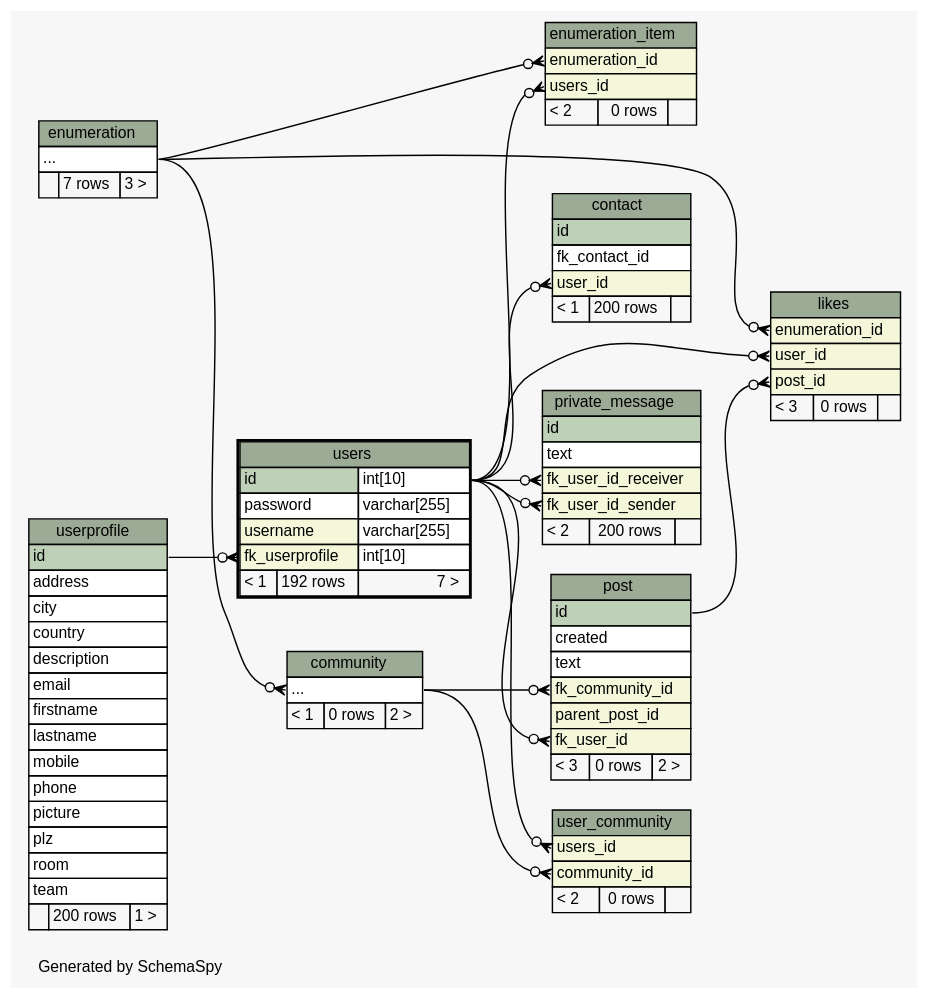
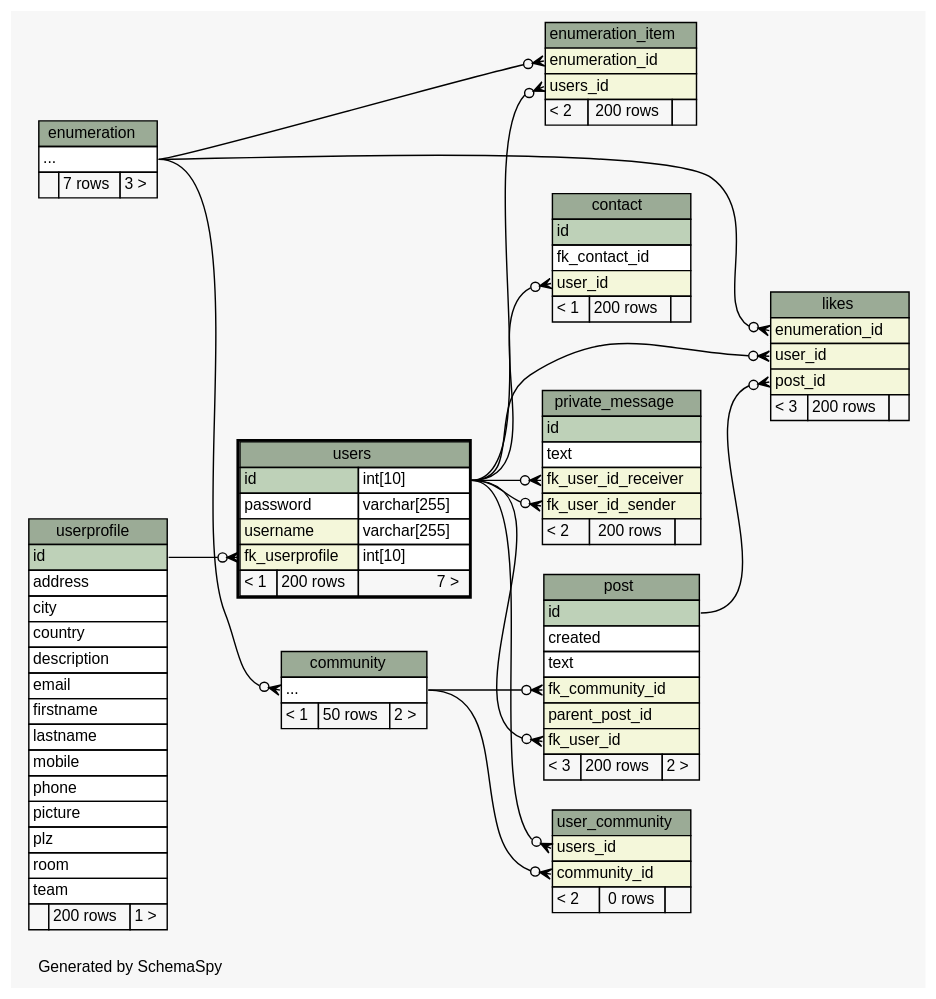
Before and after one commit to chr-krenn/chr-krenn-fhj-ws2017-sd17-pse: the diagram in doc/db_schema/diagrams/users.2degrees.dot, drawn with Graphviz. The commit also changed 65 other files, not shown here.

```diff
--- a/doc/db_schema/diagrams/users.2degrees.dot
+++ b/doc/db_schema/diagrams/users.2degrees.dot
@@ -1,166 +1,166 @@
 // dot 2.40.1 on Linux 4.12.5-300.fc26.x86_64
 // SchemaSpy rev 590
 digraph "twoDegreesRelationshipsDiagram" {
   graph [
     rankdir="RL"
     bgcolor="#f7f7f7"
     label="\nGenerated by SchemaSpy"
     labeljust="l"
     nodesep="0.18"
     ranksep="0.46"
     fontname="Helvetica"
     fontsize="11"
   ];
   node [
     fontname="Helvetica"
     fontsize="11"
     shape="plaintext"
   ];
   edge [
     arrowsize="0.8"
   ];
   "community":"elipses":w -> "enumeration":"elipses":e [arrowhead=none dir=back arrowtail=crowodot];
   "contact":"user_id":w -> "users":"id.type":e [arrowhead=none dir=back arrowtail=crowodot];
   "enumeration_item":"enumeration_id":w -> "enumeration":"elipses":e [arrowhead=none dir=back arrowtail=crowodot];
   "enumeration_item":"users_id":w -> "users":"id.type":e [arrowhead=none dir=back arrowtail=crowodot];
   "likes":"enumeration_id":w -> "enumeration":"elipses":e [arrowhead=none dir=back arrowtail=crowodot];
   "likes":"post_id":w -> "post":"id":e [arrowhead=none dir=back arrowtail=crowodot];
   "likes":"user_id":w -> "users":"id.type":e [arrowhead=none dir=back arrowtail=crowodot];
   "post":"fk_community_id":w -> "community":"elipses":e [arrowhead=none dir=back arrowtail=crowodot];
   "post":"fk_user_id":w -> "users":"id.type":e [arrowhead=none dir=back arrowtail=crowodot];
   "private_message":"fk_user_id_receiver":w -> "users":"id.type":e [arrowhead=none dir=back arrowtail=crowodot];
   "private_message":"fk_user_id_sender":w -> "users":"id.type":e [arrowhead=none dir=back arrowtail=crowodot];
   "user_community":"community_id":w -> "community":"elipses":e [arrowhead=none dir=back arrowtail=crowodot];
   "user_community":"users_id":w -> "users":"id.type":e [arrowhead=none dir=back arrowtail=crowodot];
   "users":"fk_userprofile":w -> "userprofile":"id":e [arrowhead=none dir=back arrowtail=crowodot];
   "community" [
     label=<
     <TABLE BORDER="0" CELLBORDER="1" CELLSPACING="0" BGCOLOR="#ffffff">
       <TR><TD COLSPAN="3" BGCOLOR="#9bab96" ALIGN="CENTER">community</TD></TR>
       <TR><TD PORT="elipses" COLSPAN="3" ALIGN="LEFT">...</TD></TR>
-      <TR><TD ALIGN="LEFT" BGCOLOR="#f7f7f7">&lt; 1</TD><TD ALIGN="RIGHT" BGCOLOR="#f7f7f7">0 rows</TD><TD ALIGN="RIGHT" BGCOLOR="#f7f7f7">2 &gt;</TD></TR>
+      <TR><TD ALIGN="LEFT" BGCOLOR="#f7f7f7">&lt; 1</TD><TD ALIGN="RIGHT" BGCOLOR="#f7f7f7">50 rows</TD><TD ALIGN="RIGHT" BGCOLOR="#f7f7f7">2 &gt;</TD></TR>
     </TABLE>>
     URL="community.html"
     tooltip="community"
   ];
   "contact" [
     label=<
     <TABLE BORDER="0" CELLBORDER="1" CELLSPACING="0" BGCOLOR="#ffffff">
       <TR><TD COLSPAN="3" BGCOLOR="#9bab96" ALIGN="CENTER">contact</TD></TR>
       <TR><TD PORT="id" COLSPAN="3" BGCOLOR="#bed1b8" ALIGN="LEFT">id</TD></TR>
       <TR><TD PORT="fk_contact_id" COLSPAN="3" ALIGN="LEFT">fk_contact_id</TD></TR>
       <TR><TD PORT="user_id" COLSPAN="3" BGCOLOR="#f4f7da" ALIGN="LEFT">user_id</TD></TR>
       <TR><TD ALIGN="LEFT" BGCOLOR="#f7f7f7">&lt; 1</TD><TD ALIGN="RIGHT" BGCOLOR="#f7f7f7">200 rows</TD><TD ALIGN="RIGHT" BGCOLOR="#f7f7f7">  </TD></TR>
     </TABLE>>
     URL="contact.html"
     tooltip="contact"
   ];
   "enumeration" [
     label=<
     <TABLE BORDER="0" CELLBORDER="1" CELLSPACING="0" BGCOLOR="#ffffff">
       <TR><TD COLSPAN="3" BGCOLOR="#9bab96" ALIGN="CENTER">enumeration</TD></TR>
       <TR><TD PORT="elipses" COLSPAN="3" ALIGN="LEFT">...</TD></TR>
       <TR><TD ALIGN="LEFT" BGCOLOR="#f7f7f7">  </TD><TD ALIGN="RIGHT" BGCOLOR="#f7f7f7">7 rows</TD><TD ALIGN="RIGHT" BGCOLOR="#f7f7f7">3 &gt;</TD></TR>
     </TABLE>>
     URL="enumeration.html"
     tooltip="enumeration"
   ];
   "enumeration_item" [
     label=<
     <TABLE BORDER="0" CELLBORDER="1" CELLSPACING="0" BGCOLOR="#ffffff">
       <TR><TD COLSPAN="3" BGCOLOR="#9bab96" ALIGN="CENTER">enumeration_item</TD></TR>
       <TR><TD PORT="enumeration_id" COLSPAN="3" BGCOLOR="#f4f7da" ALIGN="LEFT">enumeration_id</TD></TR>
       <TR><TD PORT="users_id" COLSPAN="3" BGCOLOR="#f4f7da" ALIGN="LEFT">users_id</TD></TR>
-      <TR><TD ALIGN="LEFT" BGCOLOR="#f7f7f7">&lt; 2</TD><TD ALIGN="RIGHT" BGCOLOR="#f7f7f7">0 rows</TD><TD ALIGN="RIGHT" BGCOLOR="#f7f7f7">  </TD></TR>
+      <TR><TD ALIGN="LEFT" BGCOLOR="#f7f7f7">&lt; 2</TD><TD ALIGN="RIGHT" BGCOLOR="#f7f7f7">200 rows</TD><TD ALIGN="RIGHT" BGCOLOR="#f7f7f7">  </TD></TR>
     </TABLE>>
     URL="enumeration_item.html"
     tooltip="enumeration_item"
   ];
   "likes" [
     label=<
     <TABLE BORDER="0" CELLBORDER="1" CELLSPACING="0" BGCOLOR="#ffffff">
       <TR><TD COLSPAN="3" BGCOLOR="#9bab96" ALIGN="CENTER">likes</TD></TR>
       <TR><TD PORT="enumeration_id" COLSPAN="3" BGCOLOR="#f4f7da" ALIGN="LEFT">enumeration_id</TD></TR>
       <TR><TD PORT="user_id" COLSPAN="3" BGCOLOR="#f4f7da" ALIGN="LEFT">user_id</TD></TR>
       <TR><TD PORT="post_id" COLSPAN="3" BGCOLOR="#f4f7da" ALIGN="LEFT">post_id</TD></TR>
-      <TR><TD ALIGN="LEFT" BGCOLOR="#f7f7f7">&lt; 3</TD><TD ALIGN="RIGHT" BGCOLOR="#f7f7f7">0 rows</TD><TD ALIGN="RIGHT" BGCOLOR="#f7f7f7">  </TD></TR>
+      <TR><TD ALIGN="LEFT" BGCOLOR="#f7f7f7">&lt; 3</TD><TD ALIGN="RIGHT" BGCOLOR="#f7f7f7">200 rows</TD><TD ALIGN="RIGHT" BGCOLOR="#f7f7f7">  </TD></TR>
     </TABLE>>
     URL="likes.html"
     tooltip="likes"
   ];
   "post" [
     label=<
     <TABLE BORDER="0" CELLBORDER="1" CELLSPACING="0" BGCOLOR="#ffffff">
       <TR><TD COLSPAN="3" BGCOLOR="#9bab96" ALIGN="CENTER">post</TD></TR>
       <TR><TD PORT="id" COLSPAN="3" BGCOLOR="#bed1b8" ALIGN="LEFT">id</TD></TR>
       <TR><TD PORT="created" COLSPAN="3" ALIGN="LEFT">created</TD></TR>
       <TR><TD PORT="text" COLSPAN="3" ALIGN="LEFT">text</TD></TR>
       <TR><TD PORT="fk_community_id" COLSPAN="3" BGCOLOR="#f4f7da" ALIGN="LEFT">fk_community_id</TD></TR>
       <TR><TD PORT="parent_post_id" COLSPAN="3" BGCOLOR="#f4f7da" ALIGN="LEFT">parent_post_id</TD></TR>
       <TR><TD PORT="fk_user_id" COLSPAN="3" BGCOLOR="#f4f7da" ALIGN="LEFT">fk_user_id</TD></TR>
-      <TR><TD ALIGN="LEFT" BGCOLOR="#f7f7f7">&lt; 3</TD><TD ALIGN="RIGHT" BGCOLOR="#f7f7f7">0 rows</TD><TD ALIGN="RIGHT" BGCOLOR="#f7f7f7">2 &gt;</TD></TR>
+      <TR><TD ALIGN="LEFT" BGCOLOR="#f7f7f7">&lt; 3</TD><TD ALIGN="RIGHT" BGCOLOR="#f7f7f7">200 rows</TD><TD ALIGN="RIGHT" BGCOLOR="#f7f7f7">2 &gt;</TD></TR>
     </TABLE>>
     URL="post.html"
     tooltip="post"
   ];
   "private_message" [
     label=<
     <TABLE BORDER="0" CELLBORDER="1" CELLSPACING="0" BGCOLOR="#ffffff">
       <TR><TD COLSPAN="3" BGCOLOR="#9bab96" ALIGN="CENTER">private_message</TD></TR>
       <TR><TD PORT="id" COLSPAN="3" BGCOLOR="#bed1b8" ALIGN="LEFT">id</TD></TR>
       <TR><TD PORT="text" COLSPAN="3" ALIGN="LEFT">text</TD></TR>
       <TR><TD PORT="fk_user_id_receiver" COLSPAN="3" BGCOLOR="#f4f7da" ALIGN="LEFT">fk_user_id_receiver</TD></TR>
       <TR><TD PORT="fk_user_id_sender" COLSPAN="3" BGCOLOR="#f4f7da" ALIGN="LEFT">fk_user_id_sender</TD></TR>
       <TR><TD ALIGN="LEFT" BGCOLOR="#f7f7f7">&lt; 2</TD><TD ALIGN="RIGHT" BGCOLOR="#f7f7f7">200 rows</TD><TD ALIGN="RIGHT" BGCOLOR="#f7f7f7">  </TD></TR>
     </TABLE>>
     URL="private_message.html"
     tooltip="private_message"
   ];
   "user_community" [
     label=<
     <TABLE BORDER="0" CELLBORDER="1" CELLSPACING="0" BGCOLOR="#ffffff">
       <TR><TD COLSPAN="3" BGCOLOR="#9bab96" ALIGN="CENTER">user_community</TD></TR>
       <TR><TD PORT="users_id" COLSPAN="3" BGCOLOR="#f4f7da" ALIGN="LEFT">users_id</TD></TR>
       <TR><TD PORT="community_id" COLSPAN="3" BGCOLOR="#f4f7da" ALIGN="LEFT">community_id</TD></TR>
       <TR><TD ALIGN="LEFT" BGCOLOR="#f7f7f7">&lt; 2</TD><TD ALIGN="RIGHT" BGCOLOR="#f7f7f7">0 rows</TD><TD ALIGN="RIGHT" BGCOLOR="#f7f7f7">  </TD></TR>
     </TABLE>>
     URL="user_community.html"
     tooltip="user_community"
   ];
   "userprofile" [
     label=<
     <TABLE BORDER="0" CELLBORDER="1" CELLSPACING="0" BGCOLOR="#ffffff">
       <TR><TD COLSPAN="3" BGCOLOR="#9bab96" ALIGN="CENTER">userprofile</TD></TR>
       <TR><TD PORT="id" COLSPAN="3" BGCOLOR="#bed1b8" ALIGN="LEFT">id</TD></TR>
       <TR><TD PORT="address" COLSPAN="3" ALIGN="LEFT">address</TD></TR>
       <TR><TD PORT="city" COLSPAN="3" ALIGN="LEFT">city</TD></TR>
       <TR><TD PORT="country" COLSPAN="3" ALIGN="LEFT">country</TD></TR>
       <TR><TD PORT="description" COLSPAN="3" ALIGN="LEFT">description</TD></TR>
       <TR><TD PORT="email" COLSPAN="3" ALIGN="LEFT">email</TD></TR>
       <TR><TD PORT="firstname" COLSPAN="3" ALIGN="LEFT">firstname</TD></TR>
       <TR><TD PORT="lastname" COLSPAN="3" ALIGN="LEFT">lastname</TD></TR>
       <TR><TD PORT="mobile" COLSPAN="3" ALIGN="LEFT">mobile</TD></TR>
       <TR><TD PORT="phone" COLSPAN="3" ALIGN="LEFT">phone</TD></TR>
       <TR><TD PORT="picture" COLSPAN="3" ALIGN="LEFT">picture</TD></TR>
       <TR><TD PORT="plz" COLSPAN="3" ALIGN="LEFT">plz</TD></TR>
       <TR><TD PORT="room" COLSPAN="3" ALIGN="LEFT">room</TD></TR>
       <TR><TD PORT="team" COLSPAN="3" ALIGN="LEFT">team</TD></TR>
       <TR><TD ALIGN="LEFT" BGCOLOR="#f7f7f7">  </TD><TD ALIGN="RIGHT" BGCOLOR="#f7f7f7">200 rows</TD><TD ALIGN="RIGHT" BGCOLOR="#f7f7f7">1 &gt;</TD></TR>
     </TABLE>>
     URL="userprofile.html"
     tooltip="userprofile"
   ];
   "users" [
     label=<
     <TABLE BORDER="2" CELLBORDER="1" CELLSPACING="0" BGCOLOR="#ffffff">
       <TR><TD COLSPAN="3" BGCOLOR="#9bab96" ALIGN="CENTER">users</TD></TR>
       <TR><TD PORT="id" COLSPAN="2" BGCOLOR="#bed1b8" ALIGN="LEFT">id</TD><TD PORT="id.type" ALIGN="LEFT">int[10]</TD></TR>
       <TR><TD PORT="password" COLSPAN="2" ALIGN="LEFT">password</TD><TD PORT="password.type" ALIGN="LEFT">varchar[255]</TD></TR>
       <TR><TD PORT="username" COLSPAN="2" BGCOLOR="#f4f7da" ALIGN="LEFT">username</TD><TD PORT="username.type" ALIGN="LEFT">varchar[255]</TD></TR>
       <TR><TD PORT="fk_userprofile" COLSPAN="2" BGCOLOR="#f4f7da" ALIGN="LEFT">fk_userprofile</TD><TD PORT="fk_userprofile.type" ALIGN="LEFT">int[10]</TD></TR>
-      <TR><TD ALIGN="LEFT" BGCOLOR="#f7f7f7">&lt; 1</TD><TD ALIGN="RIGHT" BGCOLOR="#f7f7f7">192 rows</TD><TD ALIGN="RIGHT" BGCOLOR="#f7f7f7">7 &gt;</TD></TR>
+      <TR><TD ALIGN="LEFT" BGCOLOR="#f7f7f7">&lt; 1</TD><TD ALIGN="RIGHT" BGCOLOR="#f7f7f7">200 rows</TD><TD ALIGN="RIGHT" BGCOLOR="#f7f7f7">7 &gt;</TD></TR>
     </TABLE>>
     URL="users.html"
     tooltip="users"
   ];
 }
```
